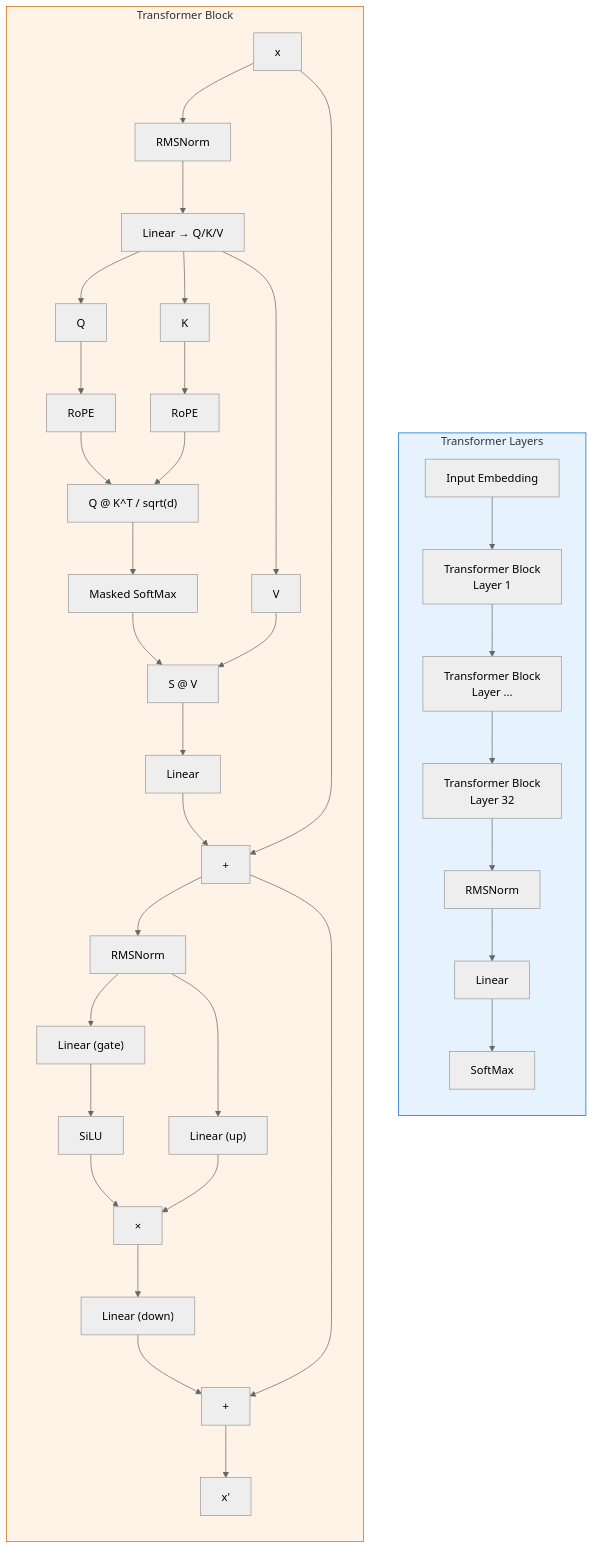
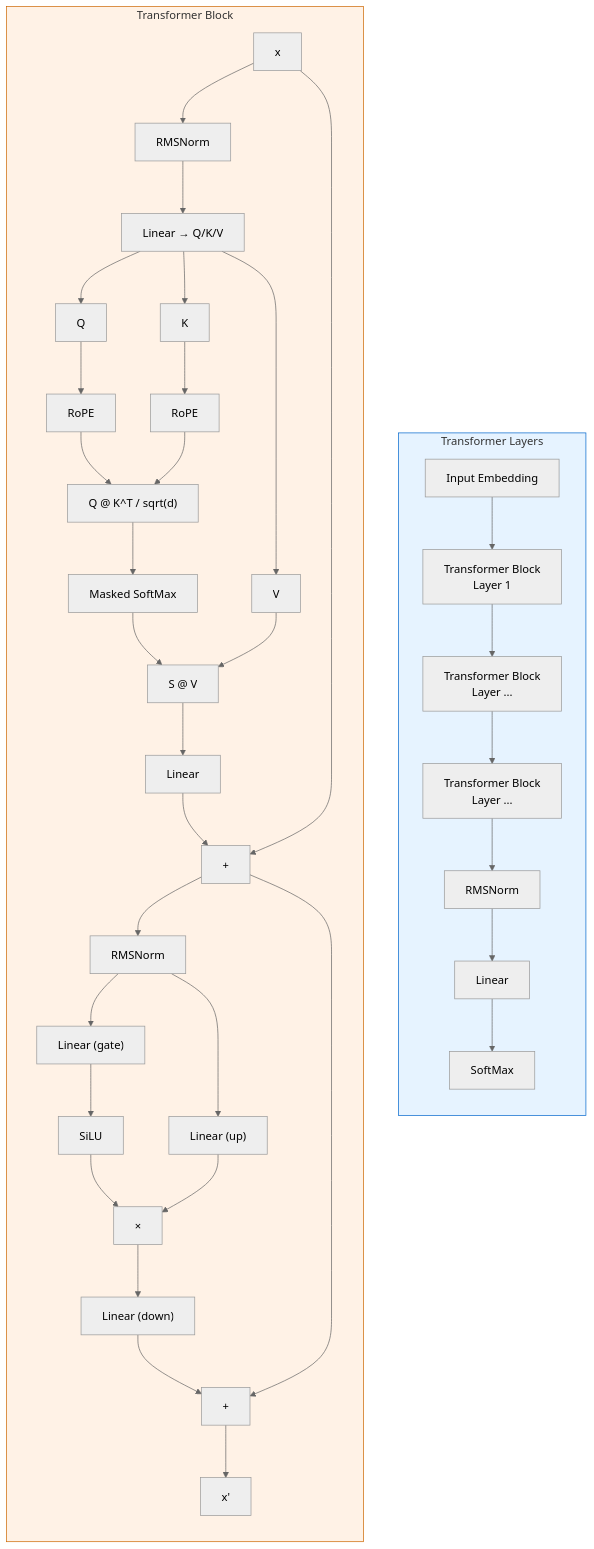
The diagram in assets/docs/introduction.md (ViperEkura/KHAOSZ), drawn with Mermaid (neutral theme) before and after one commit. The commit also changed other lines of this file and 4 other files, not shown here.

````diff
--- a/assets/docs/introduction.md
+++ b/assets/docs/introduction.md
@@ -21,46 +21,46 @@
 ```mermaid
 flowchart TB
     subgraph Layers["Transformer Layers"]
         direction TB
         A[Input Embedding] --> B[Transformer Block\nLayer 1]
         B --> C[Transformer Block\nLayer ...]
-        C --> D[Transformer Block\nLayer 32]
+        C -->         D[Transformer Block\nLayer ...]
         D --> E[RMSNorm]
         E --> F[Linear]
         F --> G[SoftMax]
     end
 
     subgraph TransformerBlock["Transformer Block"]
         direction TB
         H[x] --> I[RMSNorm]
         I --> J[Linear → Q/K/V]
         J --> K[Q]
         J --> L[K]
         J --> M[V]
         K --> N[RoPE]
         L --> O[RoPE]
         N --> P["Q @ K^T / sqrt(d)"]
         O --> P
         P --> Q[Masked SoftMax]
         Q --> R[S @ V]
         M --> R
         R --> S[Linear]
         S --> T[+]
         H --> T
         T --> U[RMSNorm]
         U --> V["Linear (gate)"]
         U --> W["Linear (up)"]
         V --> X[SiLU]
         X --> Y[×]
         W --> Y
         Y --> Z["Linear (down)"]
         Z --> AA[+]
         T --> AA
         AA --> BB[x']
     end
 
     classDef main fill:#e6f3ff,stroke:#0066cc;
     classDef block fill:#fff2e6,stroke:#cc6600;
     class Layers main;
     class TransformerBlock block;
 ```
````
